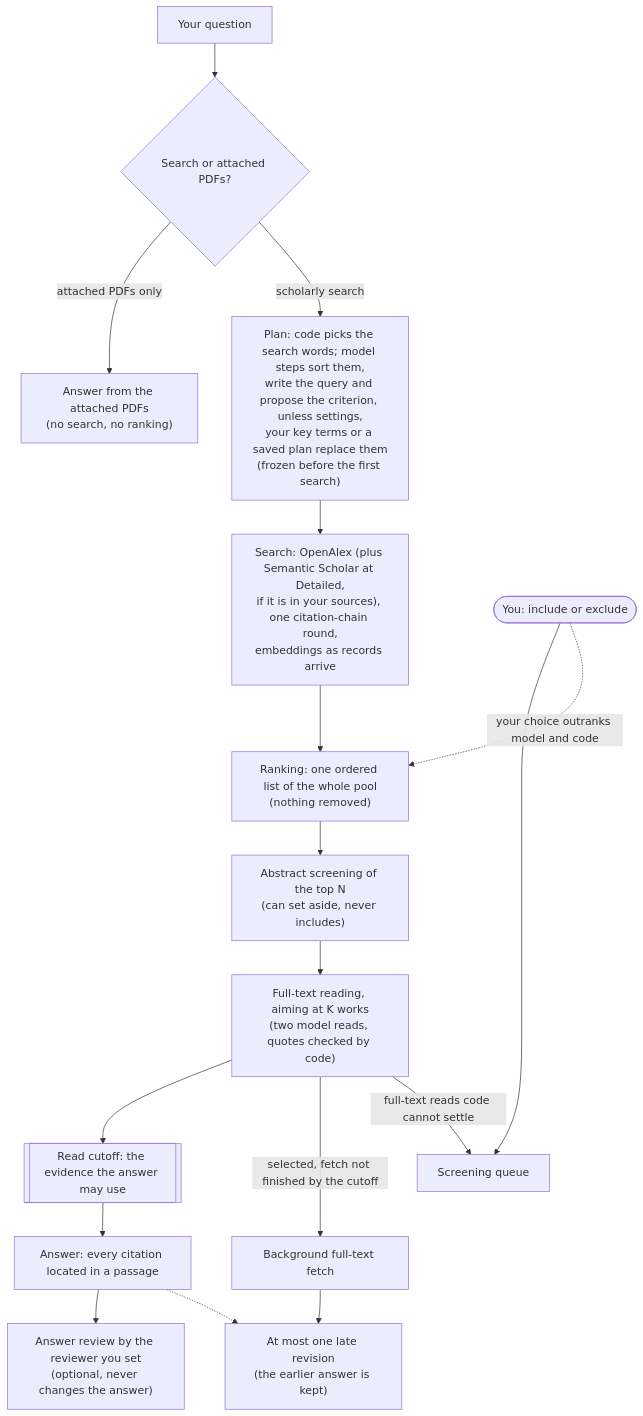
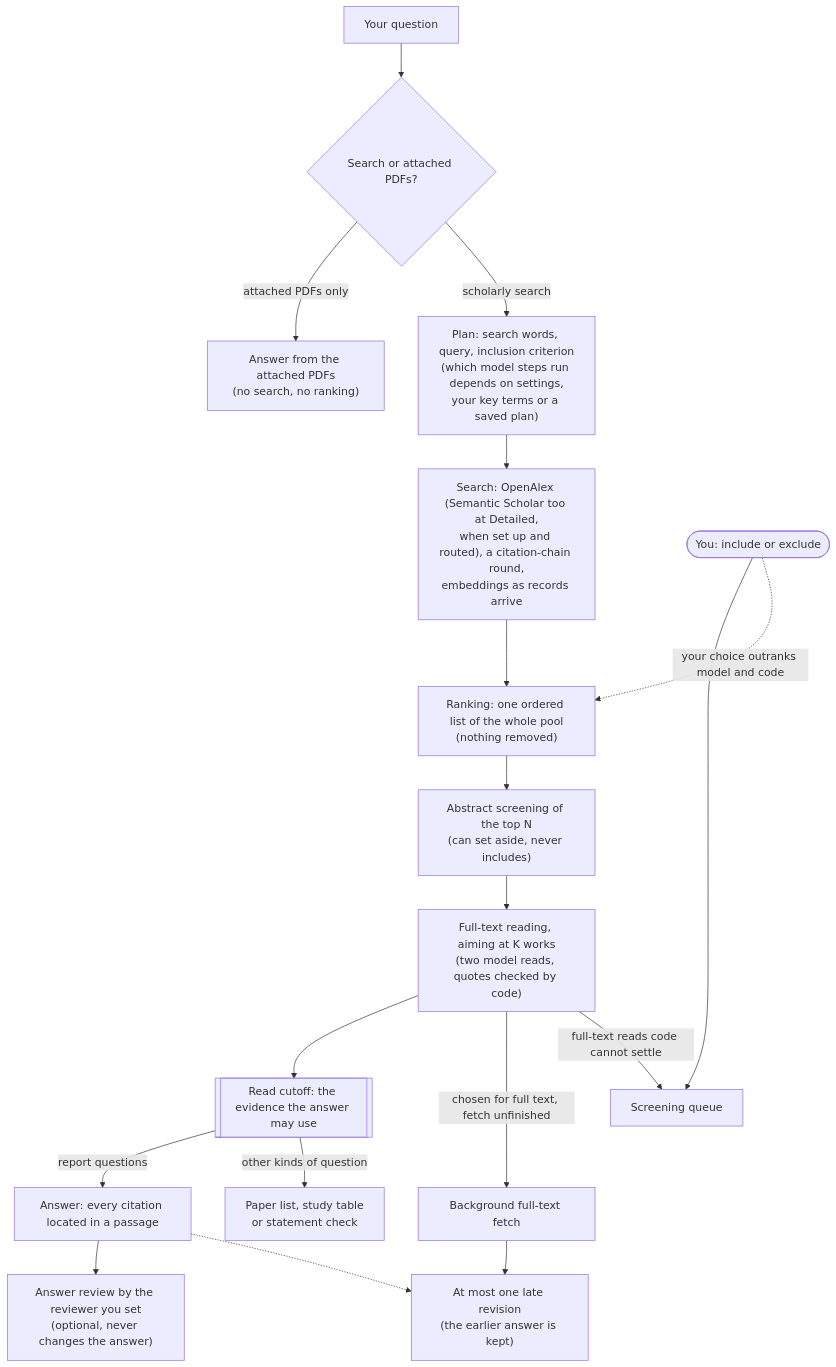
Before and after one commit to huguryildiz/DEIXIS: the first of 2 diagrams in docs/search.md, drawn with Mermaid. The commit also changed other lines of this file, not shown here.

First line of the commit message:
Docs: docs/search.md round 2 (Sol, 9 items): plainer claims that hold without extra conditions

````diff
--- a/docs/search.md
+++ b/docs/search.md
@@ -7,19 +7,20 @@
 ```mermaid
 flowchart TD
     Q["Your question"] --> SCOPE{"Search or attached PDFs?"}
     SCOPE -->|"attached PDFs only"| ATT["Answer from the attached PDFs<br/>(no search, no ranking)"]
-    SCOPE -->|"scholarly search"| PLAN["Plan: code picks the search words; model steps sort them,<br/>write the query and propose the criterion, unless settings,<br/>your key terms or a saved plan replace them<br/>(frozen before the first search)"]
-    PLAN --> SEARCH["Search: OpenAlex (plus Semantic Scholar at Detailed,<br/>if it is in your sources), one citation-chain round,<br/>embeddings as records arrive"]
+    SCOPE -->|"scholarly search"| PLAN["Plan: search words, query, inclusion criterion<br/>(which model steps run depends on settings,<br/>your key terms or a saved plan)"]
+    PLAN --> SEARCH["Search: OpenAlex (Semantic Scholar too at Detailed,<br/>when set up and routed), a citation-chain round,<br/>embeddings as records arrive"]
     SEARCH --> RANK["Ranking: one ordered list of the whole pool<br/>(nothing removed)"]
     RANK --> SCREEN["Abstract screening of the top N<br/>(can set aside, never includes)"]
     SCREEN --> FT["Full-text reading, aiming at K works<br/>(two model reads, quotes checked by code)"]
     FT --> CUT[["Read cutoff: the evidence the answer may use"]]
-    CUT --> ANS["Answer: every citation located in a passage"]
+    CUT -->|"report questions"| ANS["Answer: every citation located in a passage"]
+    CUT -->|"other kinds of question"| OTHER["Paper list, study table<br/>or statement check"]
     ANS --> REV["Answer review by the reviewer you set<br/>(optional, never changes the answer)"]
-    FT -->|"selected, fetch not finished by the cutoff"| BG["Background full-text fetch"]
+    FT -->|"chosen for full text, fetch unfinished"| BG["Background full-text fetch"]
     BG --> LATE["At most one late revision<br/>(the earlier answer is kept)"]
     ANS -.-> LATE
     FT -->|"full-text reads code cannot settle"| QUEUE["Screening queue"]
     YOU(["You: include or exclude"]) --> QUEUE
     YOU -.->|"your choice outranks model and code"| RANK
 ```
````
